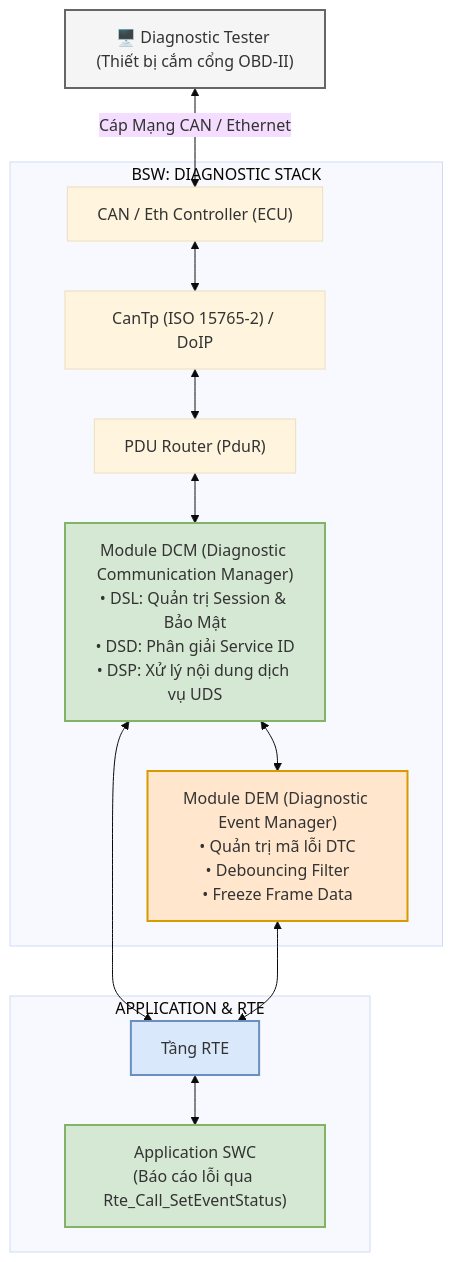
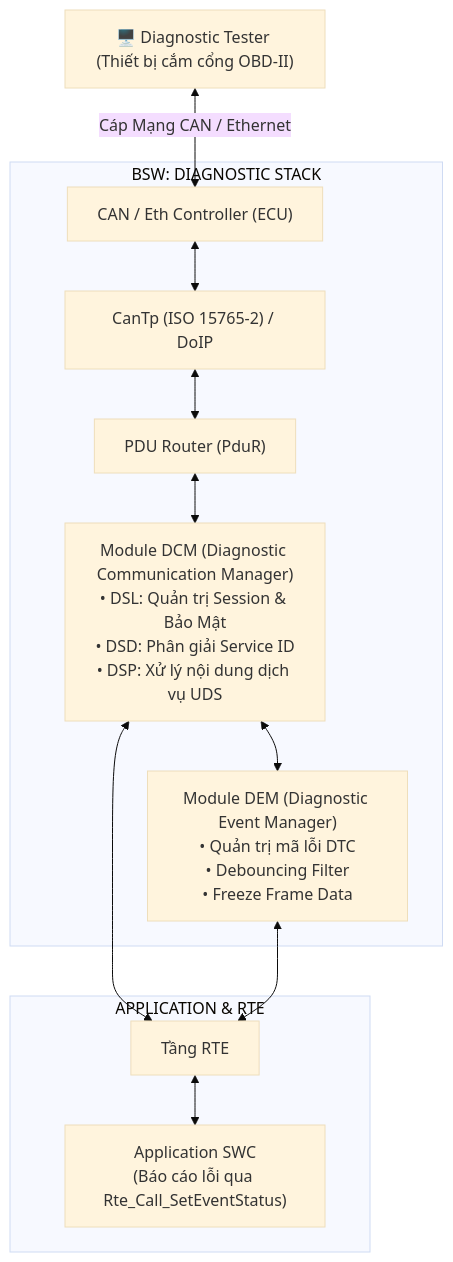
One commit to liemvu12/Study_AUTOSAR changed the first of 3 diagrams in docs/theory/04_Diagnostic_UDS_And_Memory_Stack.md. Above: the diagram before and after it, drawn with Mermaid (base theme). The commit also changed other lines of this file and 3 other files, not shown here.

````diff
--- a/docs/theory/04_Diagnostic_UDS_And_Memory_Stack.md
+++ b/docs/theory/04_Diagnostic_UDS_And_Memory_Stack.md
@@ -71,23 +86,17 @@
 ```mermaid
 graph TD
     Tester["🖥️ Diagnostic Tester (Thiết bị cắm cổng OBD-II)"] <-->|Cáp Mạng CAN / Ethernet| HW["CAN / Eth Controller (ECU)"]
     
     subgraph "BSW: DIAGNOSTIC STACK"
         HW <--> CANTP["CanTp (ISO 15765-2) / DoIP"]
         CANTP <--> PDUR["PDU Router (PduR)"]
         PDUR <--> DCM["Module DCM (Diagnostic Communication Manager)<br>• DSL: Quản trị Session & Bảo Mật<br>• DSD: Phân giải Service ID<br>• DSP: Xử lý nội dung dịch vụ UDS"]
         DCM <--> DEM["Module DEM (Diagnostic Event Manager)<br>• Quản trị mã lỗi DTC<br>• Debouncing Filter<br>• Freeze Frame Data"]
     end
     
     subgraph "APPLICATION & RTE"
         DCM <--> RTE["Tầng RTE"]
         DEM <--> RTE
         RTE <--> SWC["Application SWC<br>(Báo cáo lỗi qua Rte_Call_SetEventStatus)"]
     end
-
-    style Tester fill:#f5f5f5,stroke:#666666,stroke-width:2px
-    style DCM fill:#d5e8d4,stroke:#82b366,stroke-width:2px
-    style DEM fill:#ffe6cc,stroke:#d79b00,stroke-width:2px
-    style RTE fill:#dae8fc,stroke:#6c8ebf,stroke-width:2px
-    style SWC fill:#d5e8d4,stroke:#82b366,stroke-width:2px
 ```
````
